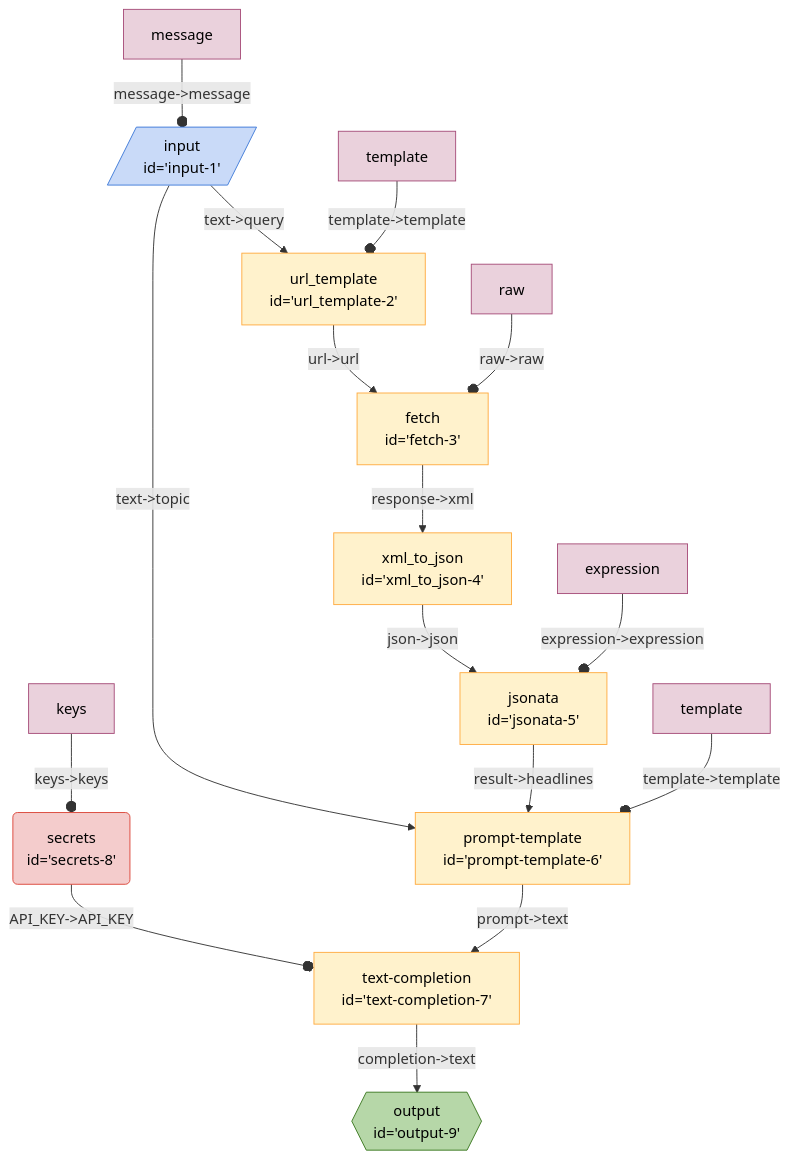
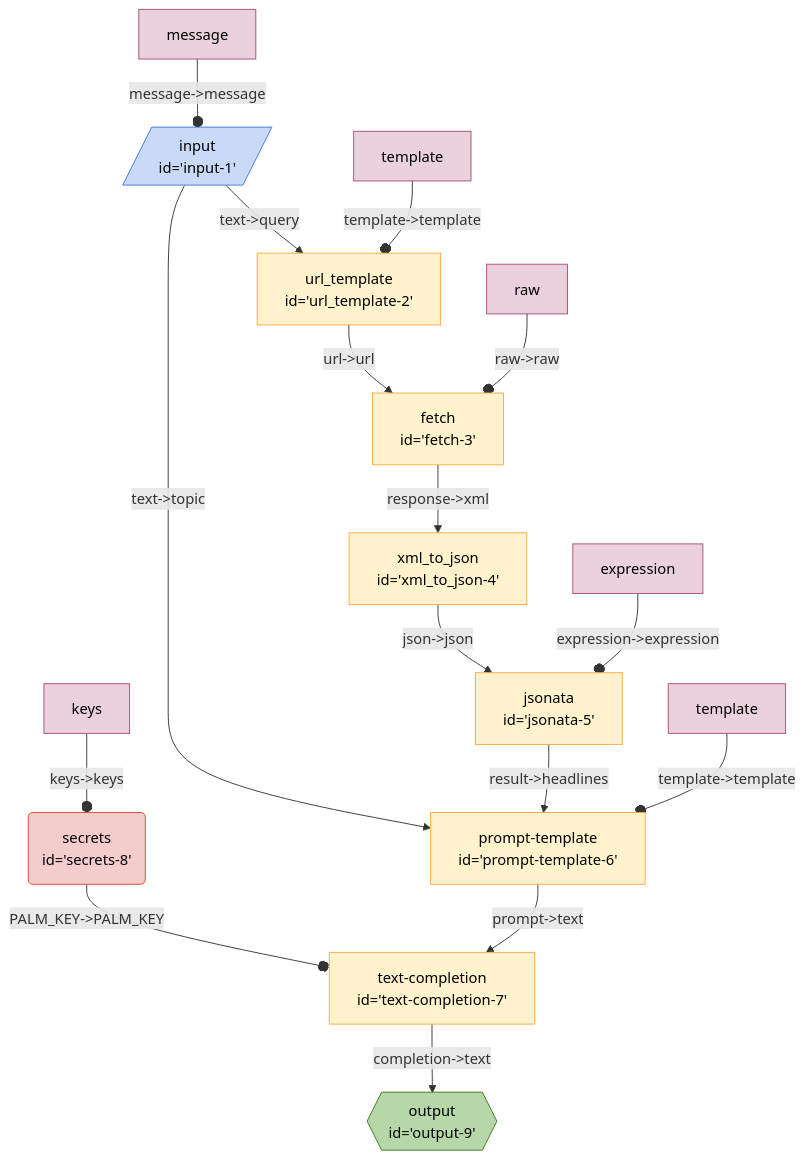
One commit to breadboard-ai/breadboard changed the diagram in seeds/graph-playground/docs/graphs/google-news.md. Above: the diagram before and after it, drawn with Mermaid. The commit also changed 72 other files, not shown here.

Commit message:
Rename API_KEY to PALM_KEY. Fixes #72.

````diff
--- a/seeds/graph-playground/docs/graphs/google-news.md
+++ b/seeds/graph-playground/docs/graphs/google-news.md
@@ -5,45 +5,45 @@
   ```mermaid
   %%{init: 'themeVariables': { 'fontFamily': 'Fira Code, monospace' }}%%
 graph TD;
 input1[/"input
 id='input-1'"/]:::input -- "text->topic" --> prompttemplate6["prompt-template
 id='prompt-template-6'"]
 secrets8("secrets
-id='secrets-8'"):::secrets -- "API_KEY->API_KEY" --o textcompletion7["text-completion
+id='secrets-8'"):::secrets -- "PALM_KEY->PALM_KEY" --o textcompletion7["text-completion
 id='text-completion-7'"]
 textcompletion7["text-completion
 id='text-completion-7'"] -- "completion->text" --> output9{{"output
 id='output-9'"}}:::output
 prompttemplate6["prompt-template
 id='prompt-template-6'"] -- "prompt->text" --> textcompletion7["text-completion
 id='text-completion-7'"]
 jsonata5["jsonata
 id='jsonata-5'"] -- "result->headlines" --> prompttemplate6["prompt-template
 id='prompt-template-6'"]
 xml_to_json4["xml_to_json
 id='xml_to_json-4'"] -- "json->json" --> jsonata5["jsonata
 id='jsonata-5'"]
 fetch3["fetch
 id='fetch-3'"] -- "response->xml" --> xml_to_json4["xml_to_json
 id='xml_to_json-4'"]
 url_template2["url_template
 id='url_template-2'"] -- "url->url" --> fetch3["fetch
 id='fetch-3'"]
 input1[/"input
 id='input-1'"/]:::input -- "text->query" --> url_template2["url_template
 id='url_template-2'"]
 messageinput1[message]:::config -- "message->message" --o input1
 templateurl_template2[template]:::config -- "template->template" --o url_template2
 rawfetch3[raw]:::config -- "raw->raw" --o fetch3
 expressionjsonata5[expression]:::config -- "expression->expression" --o jsonata5
 templateprompttemplate6[template]:::config -- "template->template" --o prompttemplate6
 keyssecrets8[keys]:::config -- "keys->keys" --o secrets8
 classDef default stroke:#ffab40,fill:#fff2ccff,color:#000
 classDef input stroke:#3c78d8,fill:#c9daf8ff,color:#000
 classDef output stroke:#38761d,fill:#b6d7a8ff,color:#000
 classDef passthrough stroke:#a64d79,fill:#ead1dcff,color:#000
 classDef slot stroke:#a64d79,fill:#ead1dcff,color:#000
 classDef config stroke:#a64d79,fill:#ead1dcff,color:#000
 classDef secrets stroke:#db4437,fill:#f4cccc,color:#000
 classDef slotted stroke:#a64d79
   ```
````
